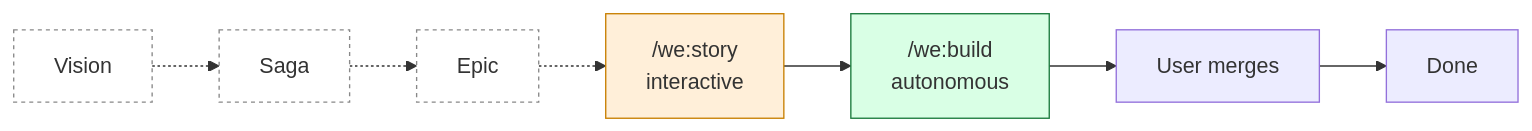
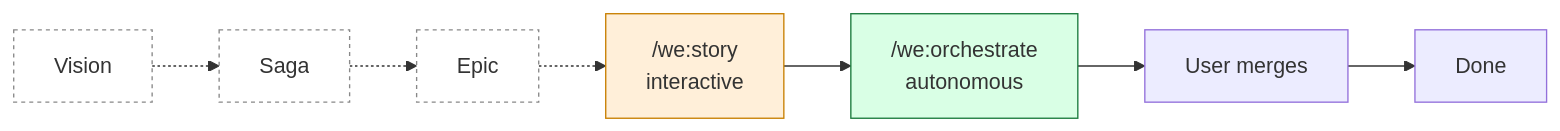
The diagram in README.md (weside-ai/claude-code-plugin), drawn with Mermaid before and after one commit. The commit also changed other lines of this file and 38 other files, not shown here.

````diff
--- a/README.md
+++ b/README.md
@@ -88,15 +94,15 @@
 ```mermaid
 flowchart LR
     V[Vision] -.-> Sa[Saga]
     Sa -.-> E[Epic]
     E -.-> St["/we:story<br/>interactive"]
-    St --> B["/we:build<br/>autonomous"]
+    St --> B["/we:orchestrate<br/>autonomous"]
     B --> M[User merges]
     M --> D[Done]
 
     style V stroke-dasharray:3 3,fill:#fff,stroke:#888
     style Sa stroke-dasharray:3 3,fill:#fff,stroke:#888
     style E stroke-dasharray:3 3,fill:#fff,stroke:#888
     style St fill:#ffefd9,stroke:#c87f00
     style B fill:#d9ffe5,stroke:#1a7a3c
 ```
````
